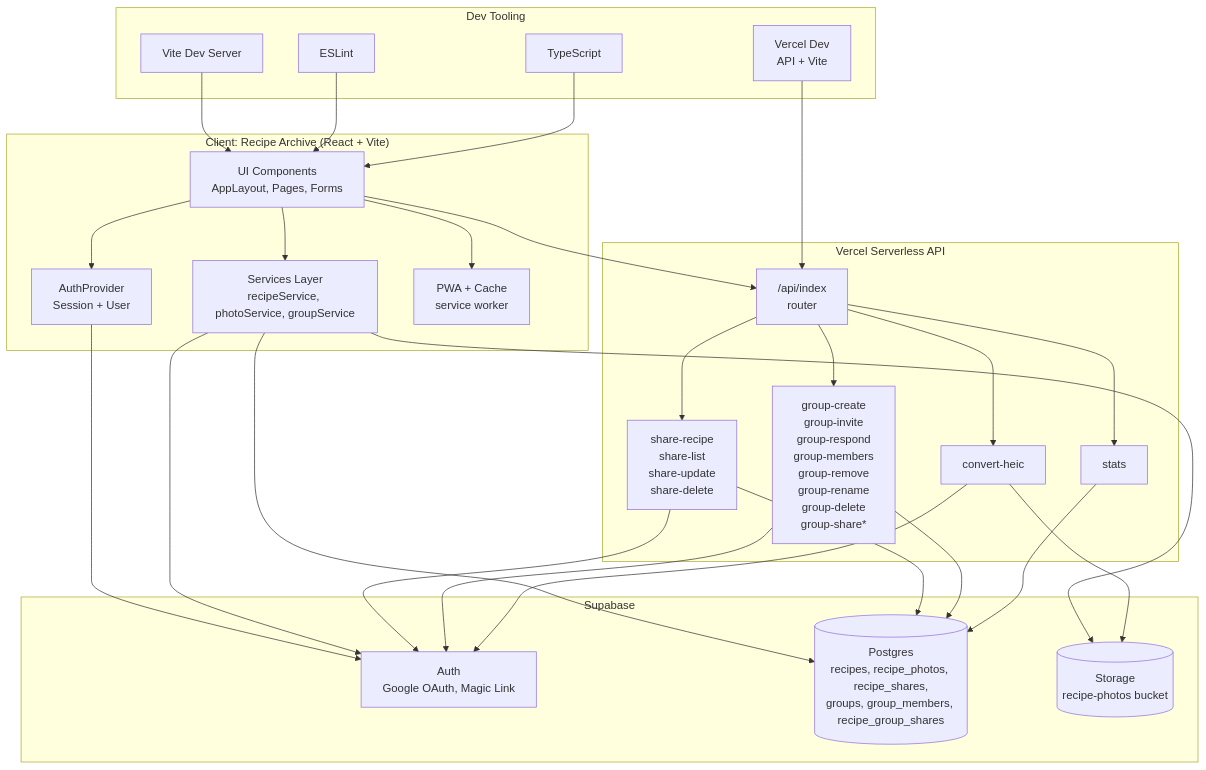
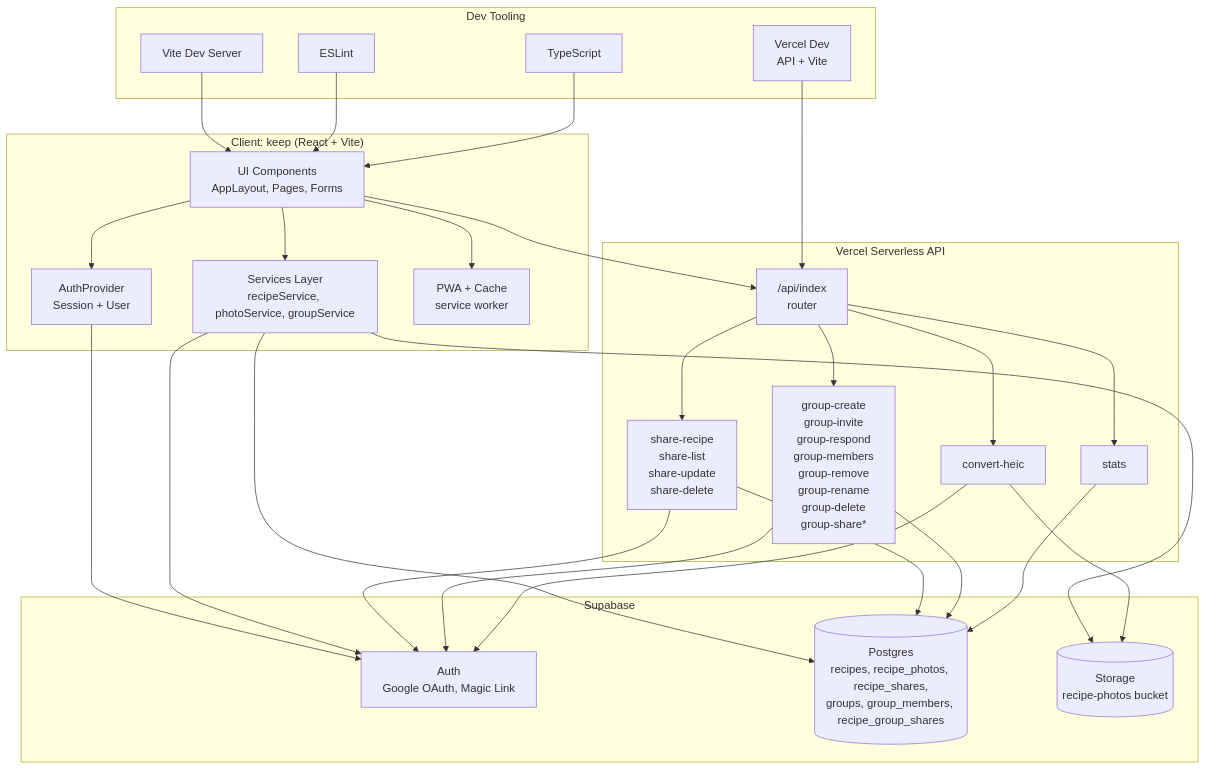
One commit to mastershivam/RecipeApp changed the diagram in README.md. Above: the diagram before and after it, drawn with Mermaid. The commit also changed other lines of this file and 16 other files, not shown here.

````diff
--- a/README.md
+++ b/README.md
@@ -498,57 +498,57 @@
 ```mermaid
 flowchart TB
-  subgraph Client["Client: Recipe Archive (React + Vite)"]
+  subgraph Client["Client: keep (React + Vite)"]
     UI["UI Components<br/>AppLayout, Pages, Forms"]
     AuthCtx["AuthProvider<br/>Session + User"]
     Data["Services Layer<br/>recipeService, photoService, groupService"]
     PWA["PWA + Cache<br/>service worker"]
   end
 
   subgraph APIs["Vercel Serverless API"]
     ApiIndex["/api/index<br/>router"]
     ShareAPI["share-recipe<br/>share-list<br/>share-update<br/>share-delete"]
     GroupAPI["group-create<br/>group-invite<br/>group-respond<br/>group-members<br/>group-remove<br/>group-rename<br/>group-delete<br/>group-share*"]
     HeicAPI["convert-heic"]
     StatsAPI["stats"]
   end
 
   subgraph Supabase["Supabase"]
     Auth["Auth<br/>Google OAuth, Magic Link"]
     DB[("Postgres<br/>recipes, recipe_photos, recipe_shares,<br/>groups, group_members, recipe_group_shares")]
     Storage[("Storage<br/>recipe-photos bucket")]
   end
 
   subgraph Dev["Dev Tooling"]
     Vite["Vite Dev Server"]
     VercelDev["Vercel Dev<br/>API + Vite"]
     ESLint["ESLint"]
     TS["TypeScript"]
   end
 
   UI --> AuthCtx
   UI --> Data
   UI --> PWA
   AuthCtx --> Auth
   Data --> DB
   Data --> Storage
   Data --> Auth
 
   UI --> ApiIndex
   ApiIndex --> ShareAPI
   ApiIndex --> GroupAPI
   ApiIndex --> HeicAPI
   ApiIndex --> StatsAPI
 
   ShareAPI --> DB
   ShareAPI --> Auth
   GroupAPI --> DB
   GroupAPI --> Auth
   HeicAPI --> Storage
   HeicAPI --> Auth
   StatsAPI --> DB
 
   Vite --> UI
   VercelDev --> ApiIndex
   ESLint --> UI
   TS --> UI
 ```
````
